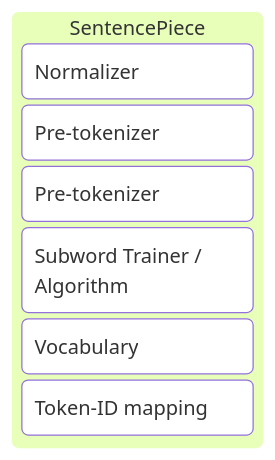
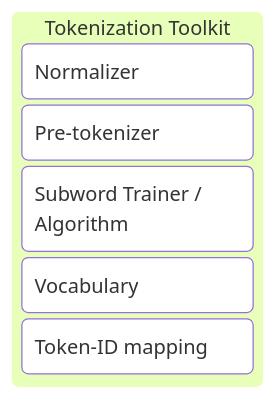
One commit to ChrisZhu2050/chriszhu2050.github.io changed the ninth of 9 diagrams in index.md. Above: the diagram before and after it, drawn with Mermaid. The commit also changed other lines of this file, not shown here.

````diff
--- a/index.md
+++ b/index.md
@@ -245,11 +245,11 @@
     ```mermaid
         kanban
-        SentencePiece
+        [Tokenization Toolkit]
             [Normalizer]
-            [Pre-tokenizer]
             [Pre-tokenizer]
             [Subword Trainer / Algorithm]
             [Vocabulary]
             [Token-ID mapping]
 
+
     ```
````
